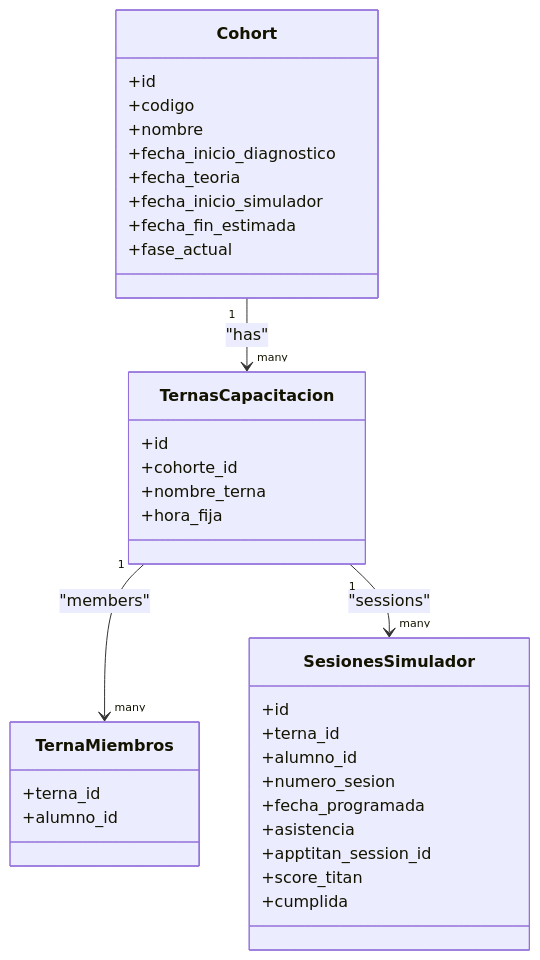
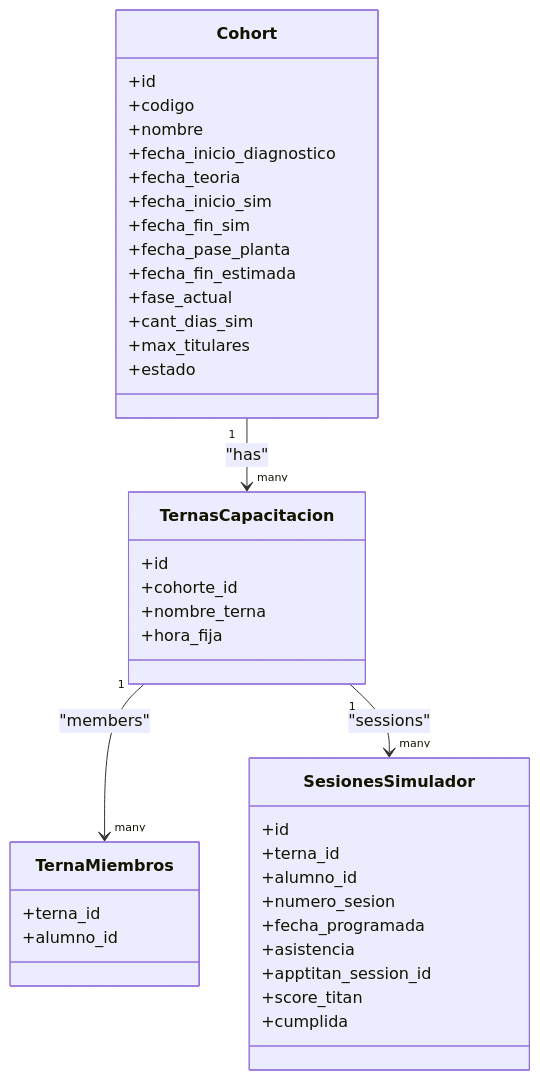
Before and after one commit to AgusCatra/simu-twin-web: the ninth of 12 diagrams in .qoder/repowiki/en/content/Core Services & Business Logic/Admission & Cohort Management System.md, drawn with Mermaid. The commit also changed other lines of this file and 25 other files, not shown here.

````diff
--- a/.qoder/repowiki/en/content/Core Services & Business Logic/Admission & Cohort Management System.md
+++ b/.qoder/repowiki/en/content/Core Services & Business Logic/Admission & Cohort Management System.md
@@ -350,37 +468,42 @@
 ```mermaid
 classDiagram
 class Cohort {
 +id
 +codigo
 +nombre
 +fecha_inicio_diagnostico
 +fecha_teoria
-+fecha_inicio_simulador
++fecha_inicio_sim
++fecha_fin_sim
++fecha_pase_planta
 +fecha_fin_estimada
 +fase_actual
++cant_dias_sim
++max_titulares
++estado
 }
 class TernasCapacitacion {
 +id
 +cohorte_id
 +nombre_terna
 +hora_fija
 }
 class TernaMiembros {
 +terna_id
 +alumno_id
 }
 class SesionesSimulador {
 +id
 +terna_id
 +alumno_id
 +numero_sesion
 +fecha_programada
 +asistencia
 +apptitan_session_id
 +score_titan
 +cumplida
 }
 Cohort "1" --> "many" TernasCapacitacion : "has"
 TernasCapacitacion "1" --> "many" TernaMiembros : "members"
 TernasCapacitacion "1" --> "many" SesionesSimulador : "sessions"
 ```
````
